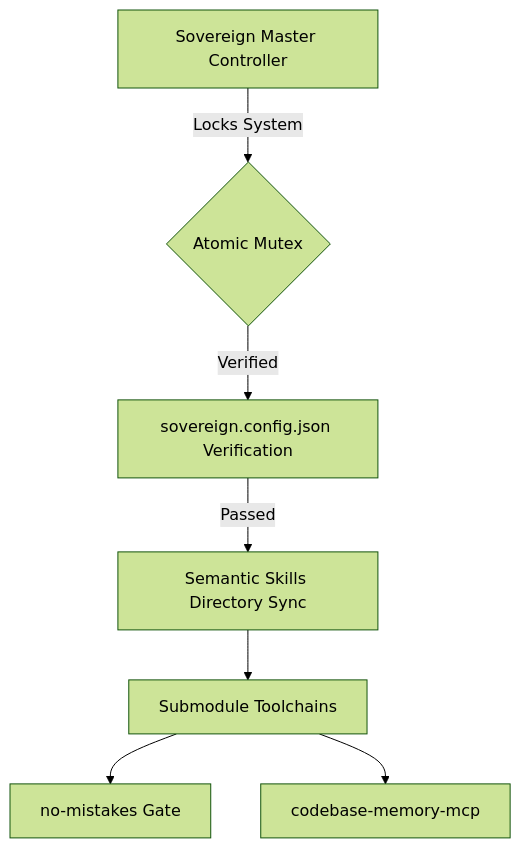
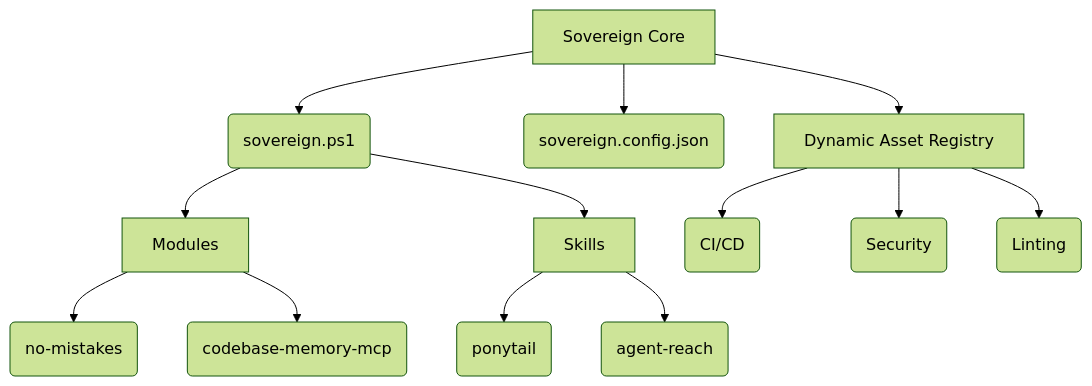
The diagram in README.md (tejaswin-amara/Sovereign-OS), drawn with Mermaid (forest theme) before and after one commit. The commit also changed other lines of this file and 168 other files, not shown here.

````diff
--- a/README.md
+++ b/README.md
@@ -37,9 +11,18 @@
 ```mermaid
 graph TD
-    A[Sovereign Master Controller] -->|Locks System| B{Atomic Mutex}
-    B -->|Verified| C[sovereign.config.json Verification]
-    C -->|Passed| D[Semantic Skills Directory Sync]
-    D --> E[Submodule Toolchains]
-    E --> F[no-mistakes Gate]
-    E --> G[codebase-memory-mcp]
+    A[Sovereign Core] --> B(sovereign.ps1)
+    A --> C(sovereign.config.json)
+    
+    B --> D[Modules]
+    D --> E(no-mistakes)
+    D --> F(codebase-memory-mcp)
+    
+    B --> G[Skills]
+    G --> H(ponytail)
+    G --> I(agent-reach)
+    
+    A --> J[Dynamic Asset Registry]
+    J --> K(CI/CD)
+    J --> L(Security)
+    J --> M(Linting)
 ```
````
